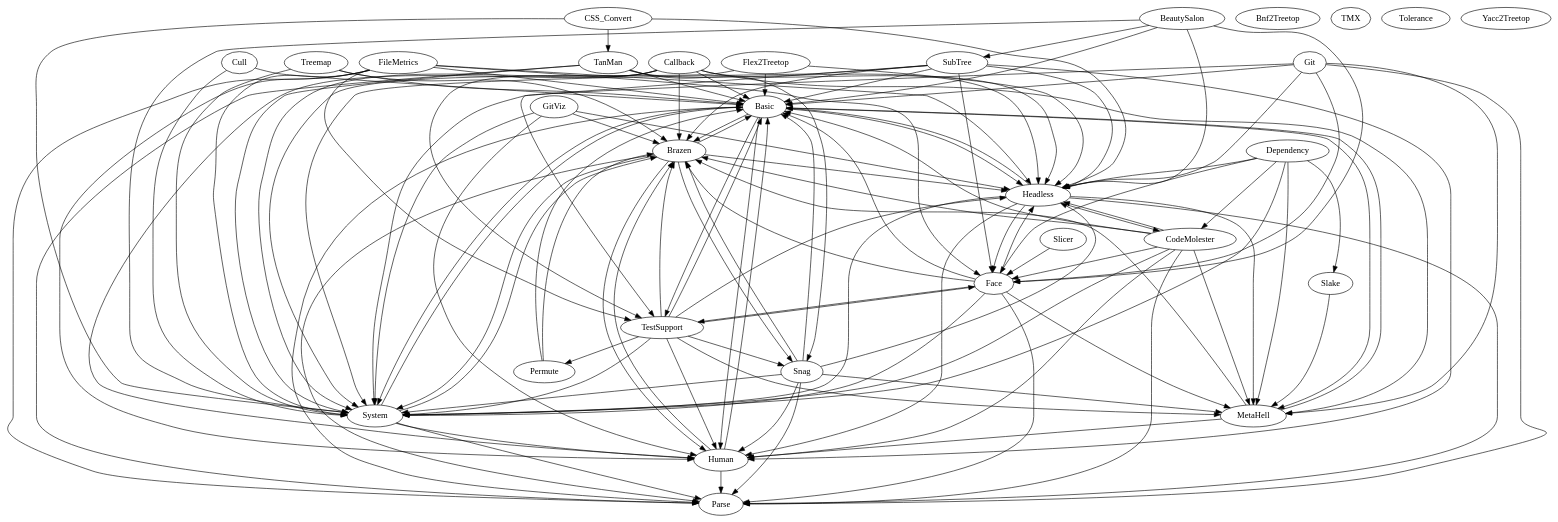
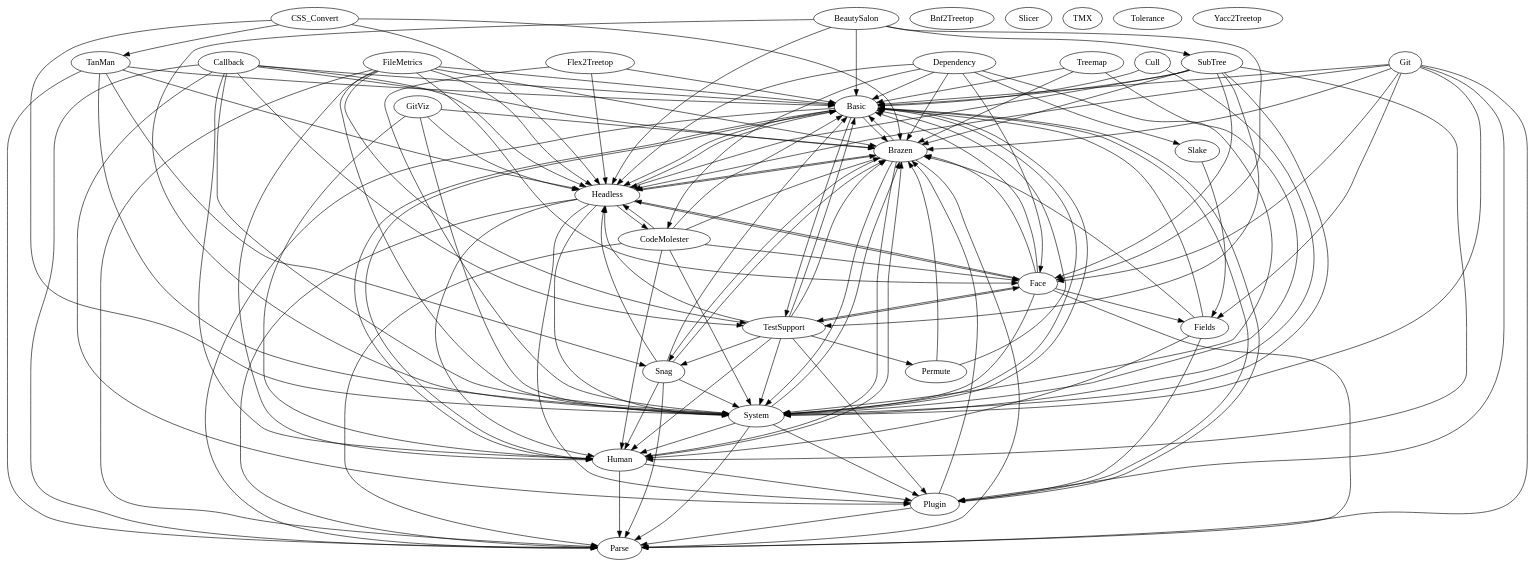
One commit to hipe/tmx changed the diagram in lib/skylab/slicer/doc/sidesystem-dependencies/01-use-this-one.dot. Above: the diagram before and after it, drawn with Graphviz. The commit also changed 63 other files, not shown here.

```diff
--- a/lib/skylab/slicer/doc/sidesystem-dependencies/01-use-this-one.dot
+++ b/lib/skylab/slicer/doc/sidesystem-dependencies/01-use-this-one.dot
@@ -1,155 +1,166 @@
 digraph {
   ba [ label="Basic" ]
   bs [ label="BeautySalon" ]
   b2 [ label="Bnf2Treetop" ]
   br [ label="Brazen" ]
   ca [ label="Callback" ]
   cm [ label="CodeMolester" ]
   cs [ label="CSS_Convert" ]
   cu [ label="Cull" ]
   de [ label="Dependency" ]
   fa [ label="Face" ]
+  fi [ label="Fields" ]
   fm [ label="FileMetrics" ]
   f2 [ label="Flex2Treetop" ]
   gi [ label="Git" ]
   gv [ label="GitViz" ]
   he [ label="Headless" ]
   hu [ label="Human" ]
-  mh [ label="MetaHell" ]
   pa [ label="Parse" ]
   pe [ label="Permute" ]
+  pl [ label="Plugin" ]
   sla [ label="Slake" ]
   sli [ label="Slicer" ]
   sn [ label="Snag" ]
   st [ label="SubTree" ]
   sy [ label="System" ]
   tan [ label="TanMan" ]
   tmx [ label="TMX" ]
   ts [ label="TestSupport" ]
   to [ label="Tolerance" ]
   tr [ label="Treemap" ]
   y2 [ label="Yacc2Treetop" ]
   ba -> br
   ba -> he
   ba -> hu
-  ba -> mh
   ba -> pa
+  ba -> pl
   ba -> sy
   ba -> ts
   bs -> ba
   bs -> fa
   bs -> he
   bs -> st
   bs -> sy
   br -> ba
   br -> he
   br -> hu
   br -> pa
   br -> sn
   br -> sy
   ca -> ba
   ca -> br
   ca -> he
   ca -> hu
-  ca -> mh
+  ca -> pa
+  ca -> pl
   ca -> sy
   ca -> ts
   cm -> ba
   cm -> br
   cm -> fa
   cm -> he
   cm -> hu
-  cm -> mh
   cm -> pa
   cm -> sy
+  cs -> br
   cs -> he
   cs -> sy
   cs -> tan
   cu -> ba
   cu -> sy
+  de -> ba
+  de -> br
   de -> cm
   de -> fa
   de -> he
-  de -> mh
   de -> sla
   de -> sy
   fa -> br
   fa -> ba
+  fa -> fi
   fa -> he
-  fa -> mh
   fa -> pa
   fa -> sy
   fa -> ts
+  fi -> ba
+  fi -> br
+  fi -> hu
+  fi -> pl
+  fm -> br
   fm -> ba
   fm -> fa
   fm -> he
   fm -> hu
   fm -> pa
   fm -> sy
   fm -> ts
   f2 -> ba
   f2 -> he
   f2 -> sy
   gi -> ba
+  gi -> br
   gi -> fa
+  gi -> fi
   gi -> he
-  gi -> mh
   gi -> pa
+  gi -> pl
   gi -> sy
   gv -> br
   gv -> he
   gv -> hu
   gv -> sy
   he -> ba
+  he -> br
   he -> cm
   he -> fa
   he -> hu
-  he -> mh
   he -> pa
+  he -> pl
   he -> sy
   hu -> ba
   hu -> br
   hu -> pa
-  mh -> ba
-  mh -> br
-  mh -> hu
+  hu -> pl
   pe -> ba
   pe -> br
-  sla -> mh
-  sli -> fa
+  pl -> ba
+  pl -> br
+  pl -> pa
+  sla -> fi
   sn -> ba
   sn -> br
   sn -> he
   sn -> hu
-  sn -> mh
   sn -> pa
   sn -> sy
   st -> ba
   st -> br
   st -> fa
   st -> hu
   st -> he
   st -> sy
   st -> ts
   sy -> ba
   sy -> br
   sy -> hu
   sy -> pa
+  sy -> pl
   tan -> ba
   tan -> he
   tan -> pa
   tan -> sn
   tan -> sy
   ts -> ba
   ts -> br
   ts -> pe
+  ts -> pl
   ts -> fa
   ts -> he
   ts -> hu
-  ts -> mh
   ts -> sn
   ts -> sy
   tr -> ba
   tr -> br
   tr -> sy
 }
```
